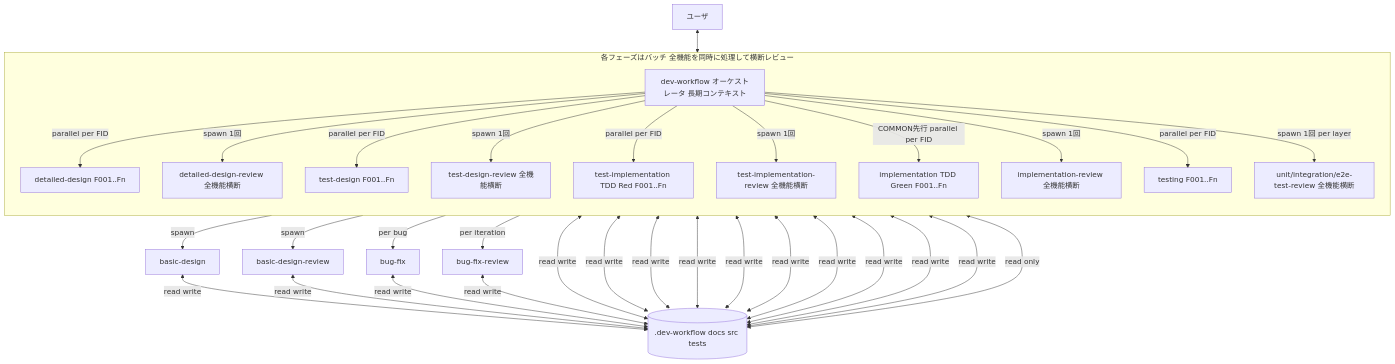
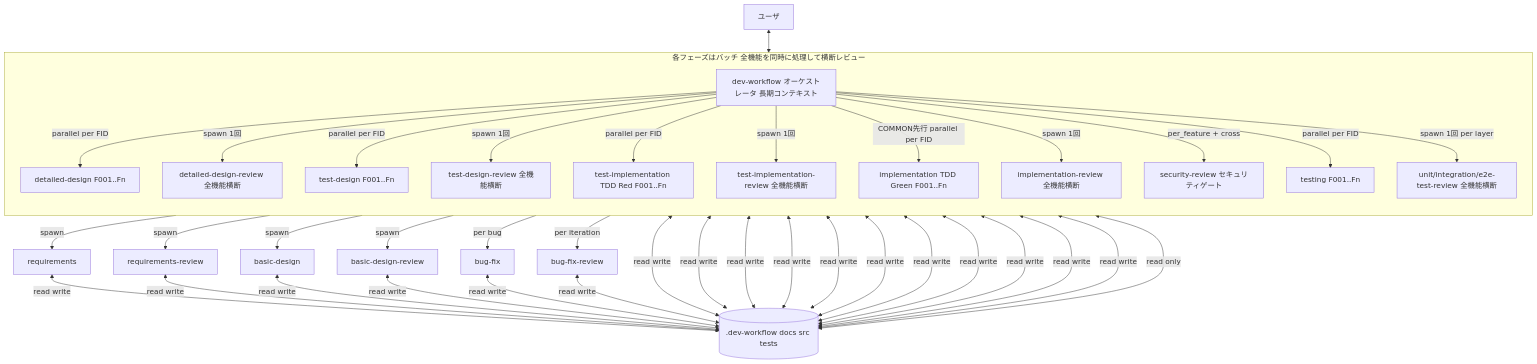
One commit to yamasuki-/software_dev_workflow changed the first of 5 diagrams in skills/dev-workflow/SKILL.md. Above: the diagram before and after it, drawn with Mermaid. The commit also changed other lines of this file and 36 other files, not shown here.

````diff
--- a/skills/dev-workflow/SKILL.md
+++ b/skills/dev-workflow/SKILL.md
@@ -21,25 +21,28 @@
 ```mermaid
 flowchart TD
     User[ユーザ] <--> Orch[dev-workflow オーケストレータ 長期コンテキスト]
+    Orch -->|spawn| REQ[requirements]
+    Orch -->|spawn| REQR[requirements-review]
     Orch -->|spawn| BD[basic-design]
     Orch -->|spawn| BDR[basic-design-review]
 
     subgraph Batch [各フェーズはバッチ 全機能を同時に処理して横断レビュー]
       direction TB
       Orch -->|parallel per FID| DD[detailed-design F001..Fn]
       Orch -->|spawn 1回| DDR[detailed-design-review 全機能横断]
       Orch -->|parallel per FID| TD[test-design F001..Fn]
       Orch -->|spawn 1回| TDR[test-design-review 全機能横断]
       Orch -->|parallel per FID| TI[test-implementation TDD Red F001..Fn]
       Orch -->|spawn 1回| TIR[test-implementation-review 全機能横断]
       Orch -->|COMMON先行 parallel per FID| Impl[implementation TDD Green F001..Fn]
       Orch -->|spawn 1回| IR[implementation-review 全機能横断]
+      Orch -->|per_feature + cross| SR[security-review セキュリティゲート]
       Orch -->|parallel per FID| Test[testing F001..Fn]
       Orch -->|spawn 1回 per layer| TR[unit/integration/e2e-test-review 全機能横断]
     end
 
     Orch -->|per bug| Bug[bug-fix]
     Orch -->|per iteration| BFR[bug-fix-review]
-    BD & BDR & DD & DDR & TD & TDR & TI & TIR & Impl & IR & Test & TR & Bug & BFR <-->|read write| State[(.dev-workflow docs src tests)]
+    REQ & REQR & BD & BDR & DD & DDR & TD & TDR & TI & TIR & Impl & IR & SR & Test & TR & Bug & BFR <-->|read write| State[(.dev-workflow docs src tests)]
     Orch <-->|read only| State
 ```
````
